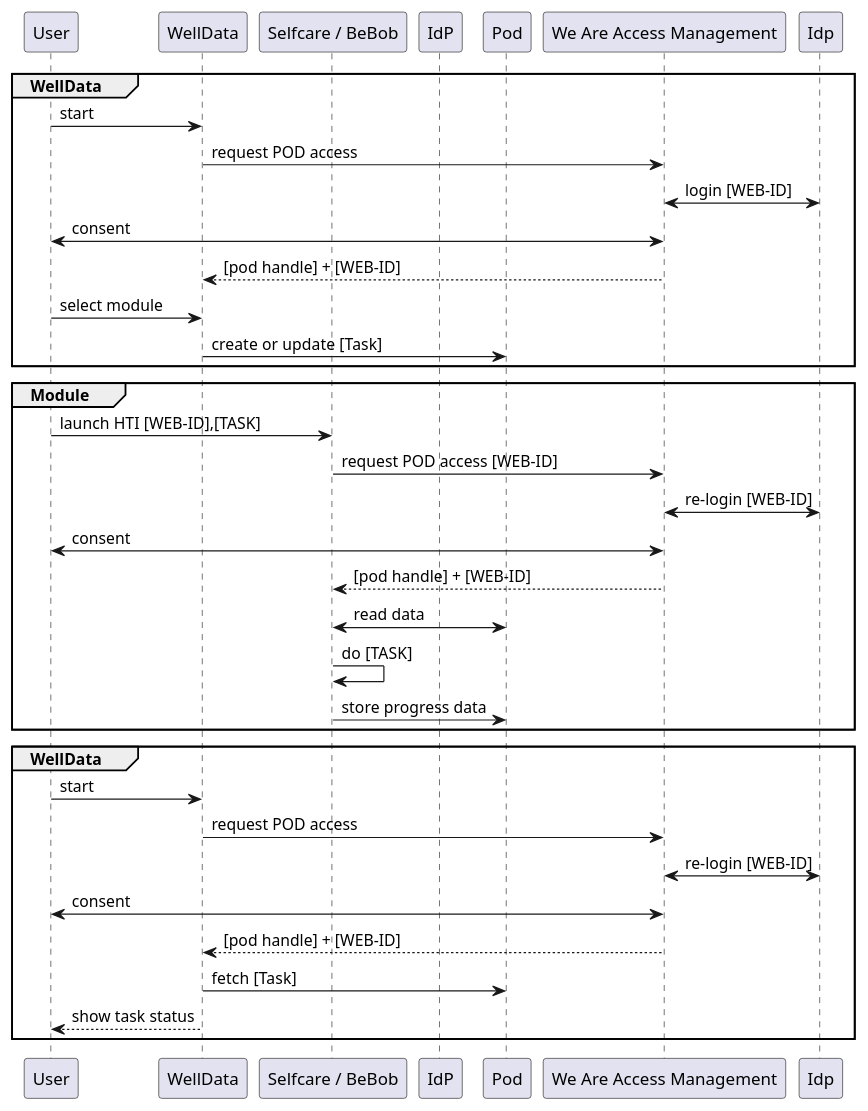
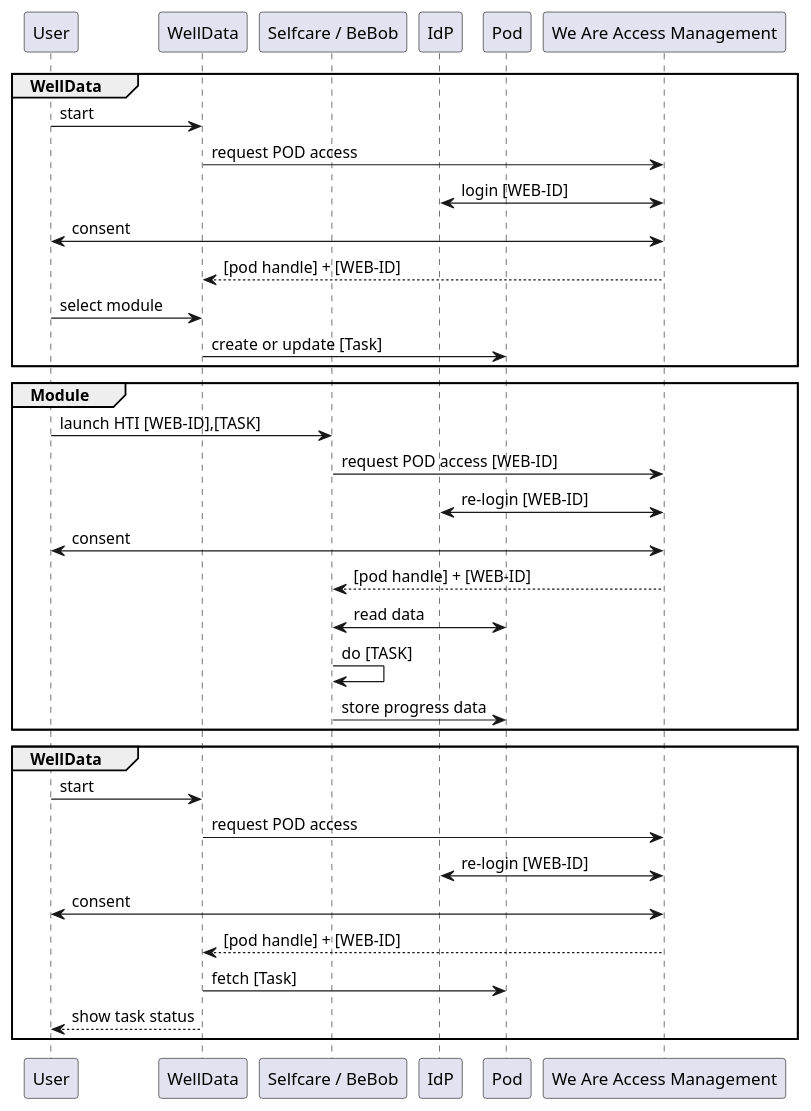
Before and after one commit to GIDSOpenStandaarden/welldata-implementation-guide: the diagram in input/images-source/welldata-primary-usecase.plantuml, drawn with PlantUML.

Commit message:
Correct typo in IdP references within PlantUML diagrams.
Replaced incorrect instances of "Idp" with "IdP" for consistency and accuracy in the welldata-primary-usecase PlantUML file. This ensures proper terminology alignment across all authentication interactions.

```diff
--- a/input/images-source/welldata-primary-usecase.plantuml
+++ b/input/images-source/welldata-primary-usecase.plantuml
@@ -1,40 +1,40 @@
 @startuml
 participant User
 participant WellData
 participant Module as "Selfcare / BeBob"
 participant IdP
 participant Pod
 participant AMA as "We Are Access Management"
 
 group WellData
 User -> WellData: start
 WellData -> AMA: request POD access
-AMA <-> Idp: login [WEB-ID]
+AMA <-> IdP: login [WEB-ID]
 User <-> AMA: consent
 AMA --> WellData: [pod handle] + [WEB-ID]
 User -> WellData: select module
 WellData -> Pod: create or update [Task]
 end
 group Module
 User -> Module: launch HTI [WEB-ID],[TASK]
 Module -> AMA: request POD access [WEB-ID]
-AMA <-> Idp: re-login [WEB-ID]
+AMA <-> IdP: re-login [WEB-ID]
 User <-> AMA: consent
 AMA --> Module: [pod handle] + [WEB-ID]
 
 Module <-> Pod: read data
 Module -> Module: do [TASK]
 Module -> Pod: store progress data
 
 end
 
 group WellData
 User -> WellData: start
 WellData -> AMA: request POD access
-AMA <-> Idp: re-login [WEB-ID]
+AMA <-> IdP: re-login [WEB-ID]
 User <-> AMA: consent
 AMA --> WellData: [pod handle] + [WEB-ID]
 WellData -> Pod: fetch [Task]
 WellData --> User: show task status
 end
 @enduml
```
